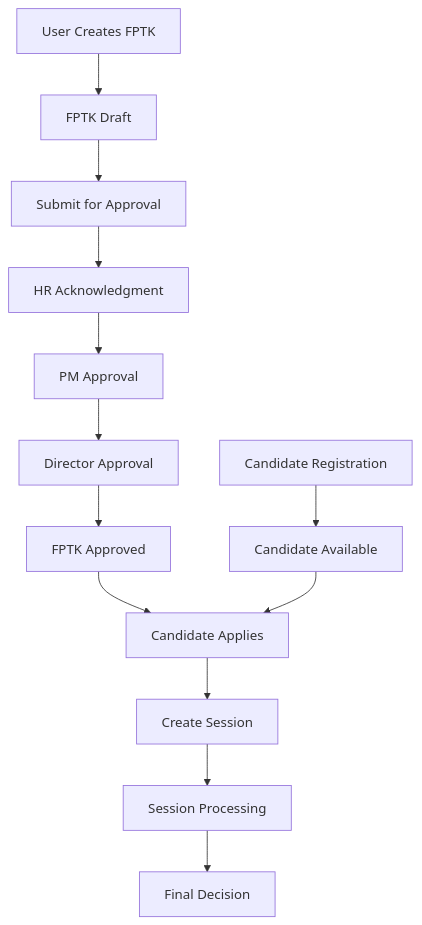
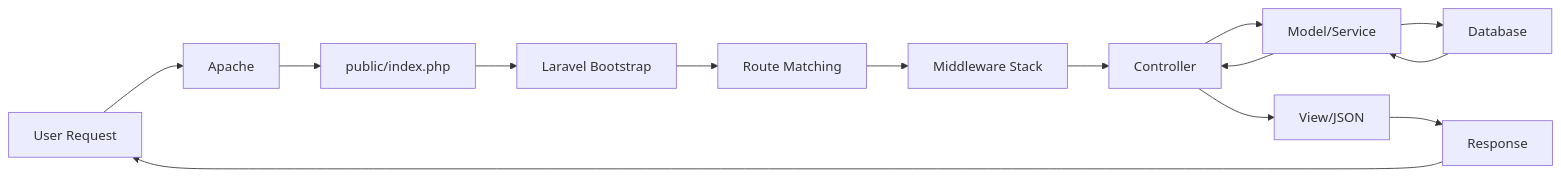
Before and after one commit to frizkyramadhan/arka-hero: the fifth of 9 diagrams in docs/architecture.md, drawn with Mermaid. The commit also changed other lines of this file and 62 other files, not shown here.

````diff
--- a/docs/architecture.md
+++ b/docs/architecture.md
@@ -160,16 +899,16 @@
 ```mermaid
-graph TD
-    A[User Creates FPTK] --> B[FPTK Draft]
-    B --> C[Submit for Approval]
-    C --> D[HR Acknowledgment]
-    D --> E[PM Approval]
-    E --> F[Director Approval]
-    F --> G[FPTK Approved]
-    G --> H[Candidate Applies]
-    H --> I[Create Session]
-    I --> J[Session Processing]
-    J --> K[Final Decision]
-
-    L[Candidate Registration] --> M[Candidate Available]
-    M --> H
+graph LR
+    A[User Request] --> B[Apache]
+    B --> C[public/index.php]
+    C --> D[Laravel Bootstrap]
+    D --> E[Route Matching]
+    E --> F[Middleware Stack]
+    F --> G[Controller]
+    G --> H[Model/Service]
+    H --> I[Database]
+    I --> H
+    H --> G
+    G --> J[View/JSON]
+    J --> K[Response]
+    K --> A
 ```
````
